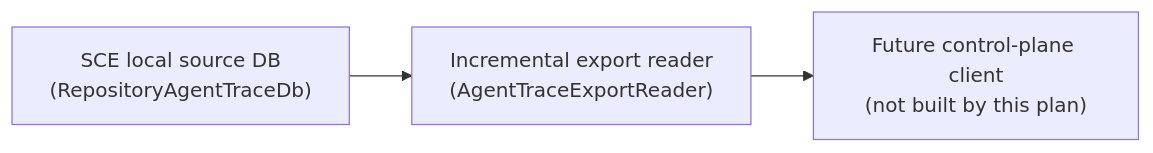
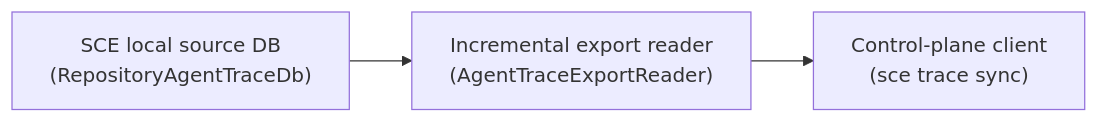
Before and after one commit to crocoder-dev/shared-context-engineering: the diagram in context/sce/agent-trace-export-readers.md, drawn with Mermaid. The commit also changed other lines of this file and 11 other files, not shown here.

First line of the commit message:
trace: Implement sync report rendering

````diff
--- a/context/sce/agent-trace-export-readers.md
+++ b/context/sce/agent-trace-export-readers.md
@@ -7,5 +7,5 @@
 ```mermaid
 flowchart LR
     A["SCE local source DB\n(RepositoryAgentTraceDb)"] --> B["Incremental export reader\n(AgentTraceExportReader)"]
-    B --> C["Future control-plane client\n(not built by this plan)"]
+    B --> C["Control-plane client\n(sce trace sync)"]
 ```
````
